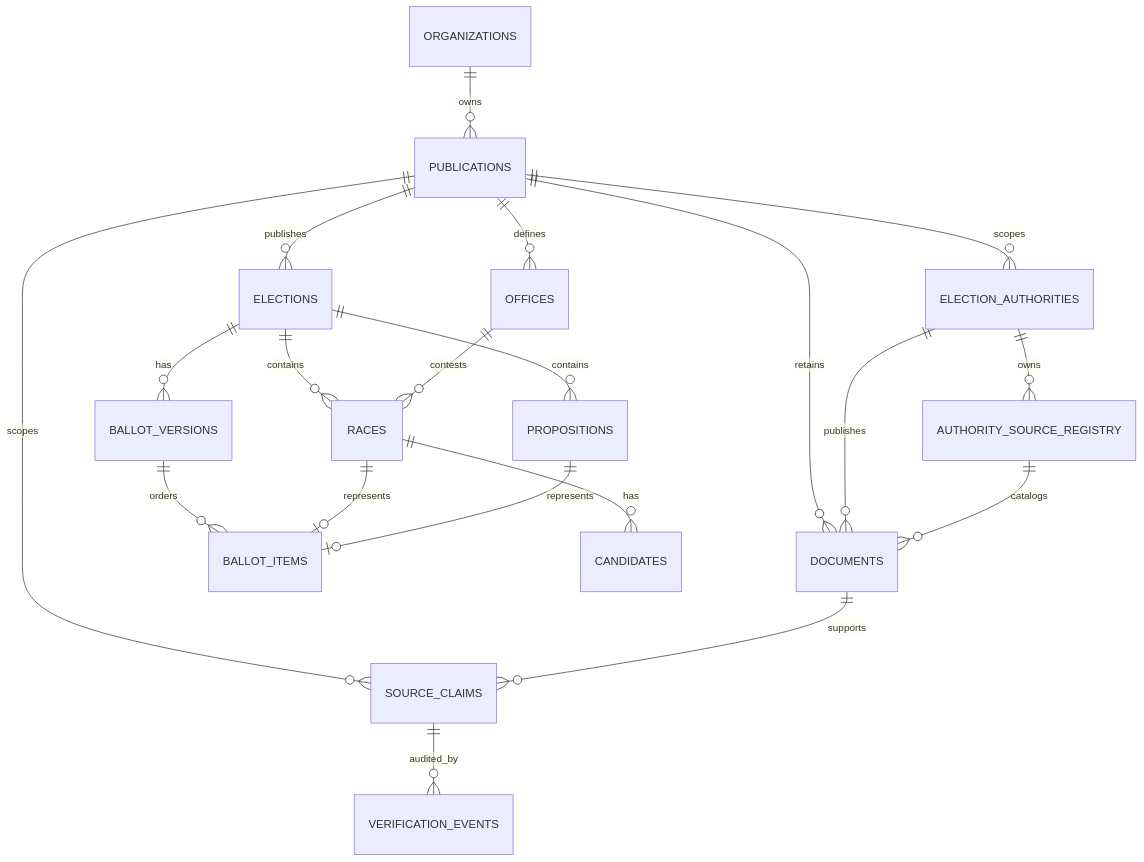
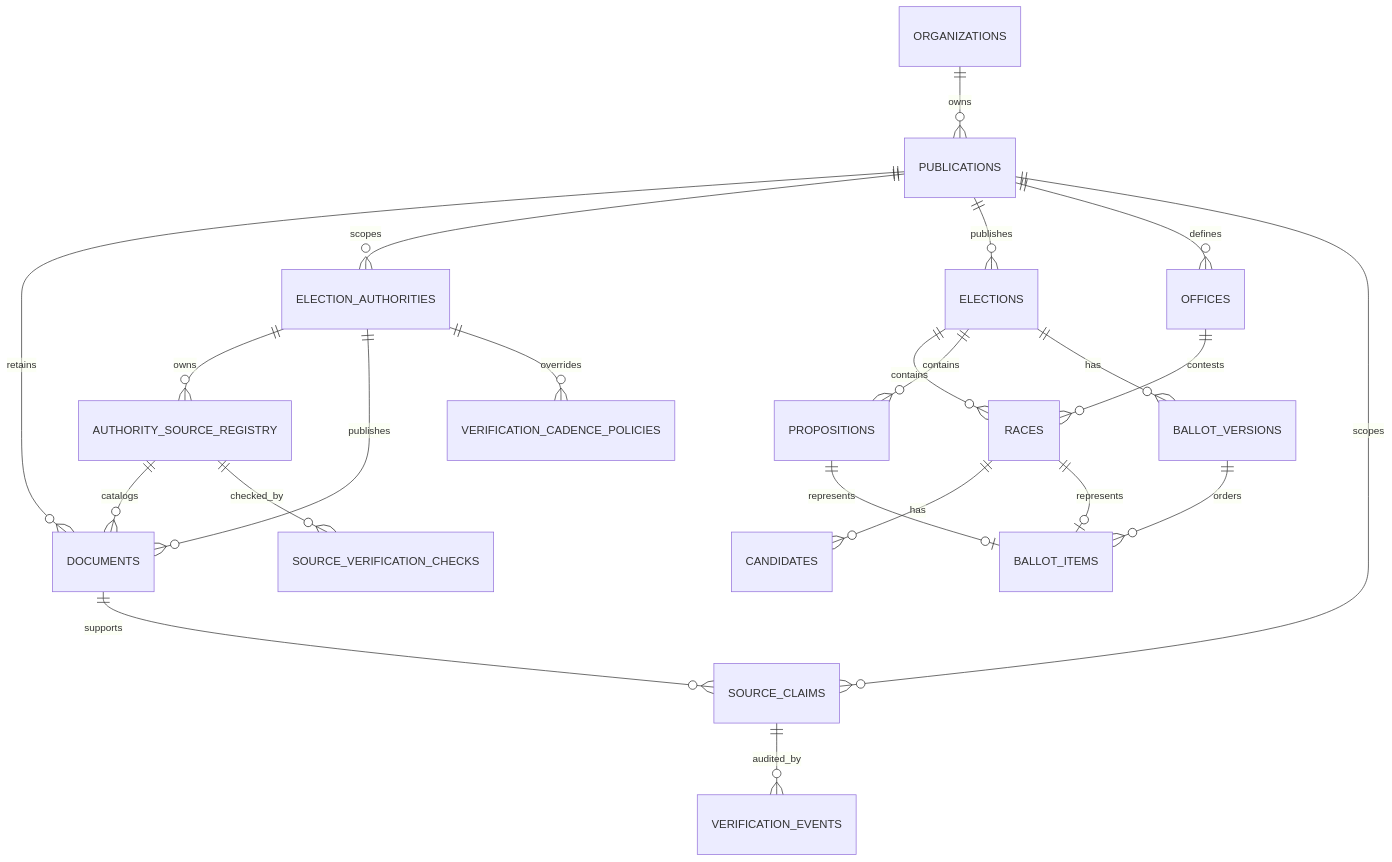
The diagram in docs/PROVENANCE_SCHEMA.md (xavierwells/BallotApp), drawn with Mermaid before and after one commit. The commit also changed other lines of this file and 3 other files, not shown here.

````diff
--- a/docs/PROVENANCE_SCHEMA.md
+++ b/docs/PROVENANCE_SCHEMA.md
@@ -17,22 +17,24 @@
 ```mermaid
 erDiagram
     ORGANIZATIONS ||--o{ PUBLICATIONS : owns
     PUBLICATIONS ||--o{ DOCUMENTS : retains
     PUBLICATIONS ||--o{ ELECTION_AUTHORITIES : scopes
     ELECTION_AUTHORITIES ||--o{ AUTHORITY_SOURCE_REGISTRY : owns
     ELECTION_AUTHORITIES ||--o{ DOCUMENTS : publishes
     AUTHORITY_SOURCE_REGISTRY ||--o{ DOCUMENTS : catalogs
+    ELECTION_AUTHORITIES ||--o{ VERIFICATION_CADENCE_POLICIES : overrides
+    AUTHORITY_SOURCE_REGISTRY ||--o{ SOURCE_VERIFICATION_CHECKS : checked_by
     PUBLICATIONS ||--o{ ELECTIONS : publishes
     PUBLICATIONS ||--o{ OFFICES : defines
     PUBLICATIONS ||--o{ SOURCE_CLAIMS : scopes
     ELECTIONS ||--o{ RACES : contains
     OFFICES ||--o{ RACES : contests
     ELECTIONS ||--o{ PROPOSITIONS : contains
     ELECTIONS ||--o{ BALLOT_VERSIONS : has
     BALLOT_VERSIONS ||--o{ BALLOT_ITEMS : orders
     RACES ||--o{ CANDIDATES : has
     RACES ||--o| BALLOT_ITEMS : represents
     PROPOSITIONS ||--o| BALLOT_ITEMS : represents
     DOCUMENTS ||--o{ SOURCE_CLAIMS : supports
     SOURCE_CLAIMS ||--o{ VERIFICATION_EVENTS : audited_by
 ```
````
